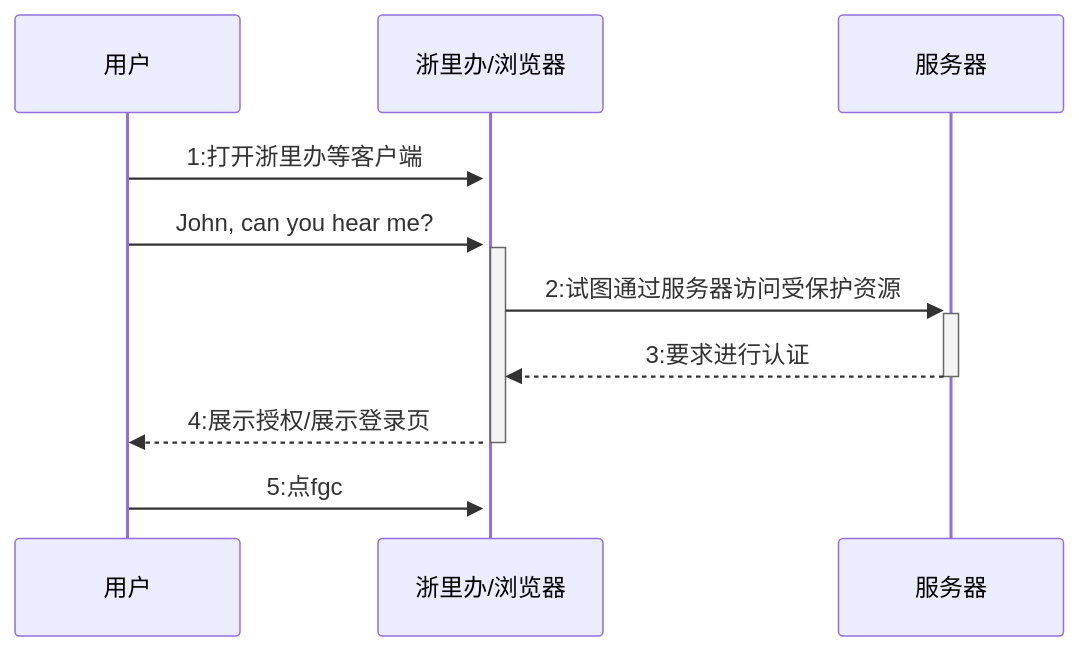
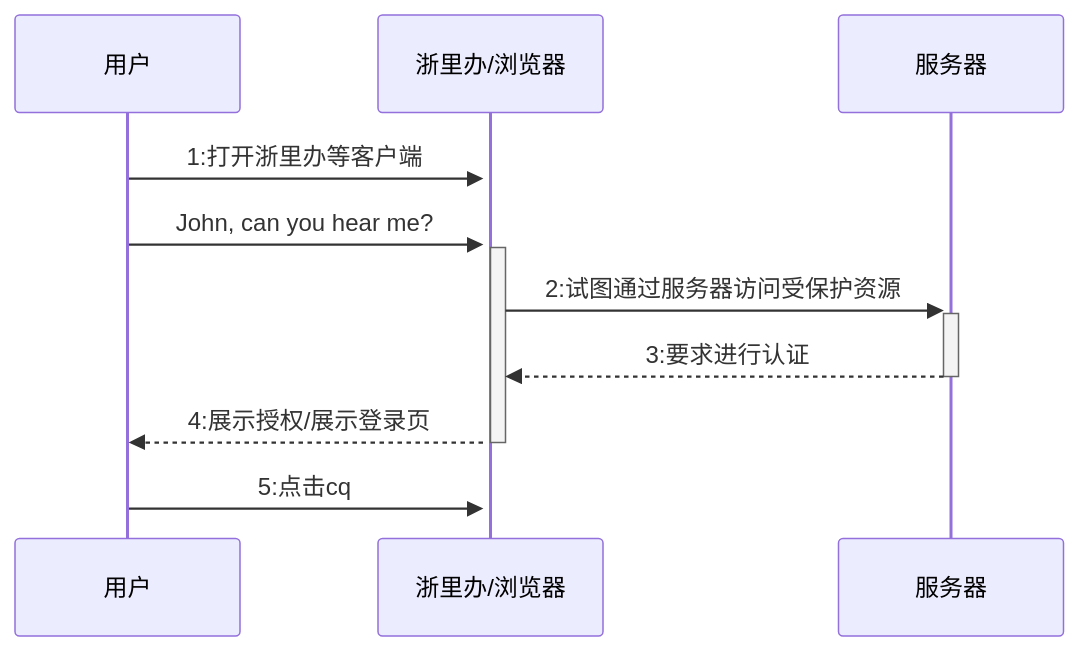
The diagram in all/居民端时序图.md (fifuntop/iodraw-files), drawn with Mermaid before and after one commit.

Commit message:
2024-03-14 14:56:46 update

````diff
--- a/all/居民端时序图.md
+++ b/all/居民端时序图.md
@@ -1,10 +1,10 @@
 ```mermaid
 sequenceDiagram
     用户->>+浙里办/浏览器: 1:打开浙里办等客户端
     用户->>+浙里办/浏览器: John, can you hear me?
     浙里办/浏览器->>+服务器: 2:试图通过服务器访问受保护资源
     服务器-->>-浙里办/浏览器: 3:要求进行认证
     浙里办/浏览器-->>-用户: 4:展示授权/展示登录页
-    用户->>+浙里办/浏览器: 5:点fgc
+    用户->>+浙里办/浏览器: 5:点击cq
             
 ```
````
